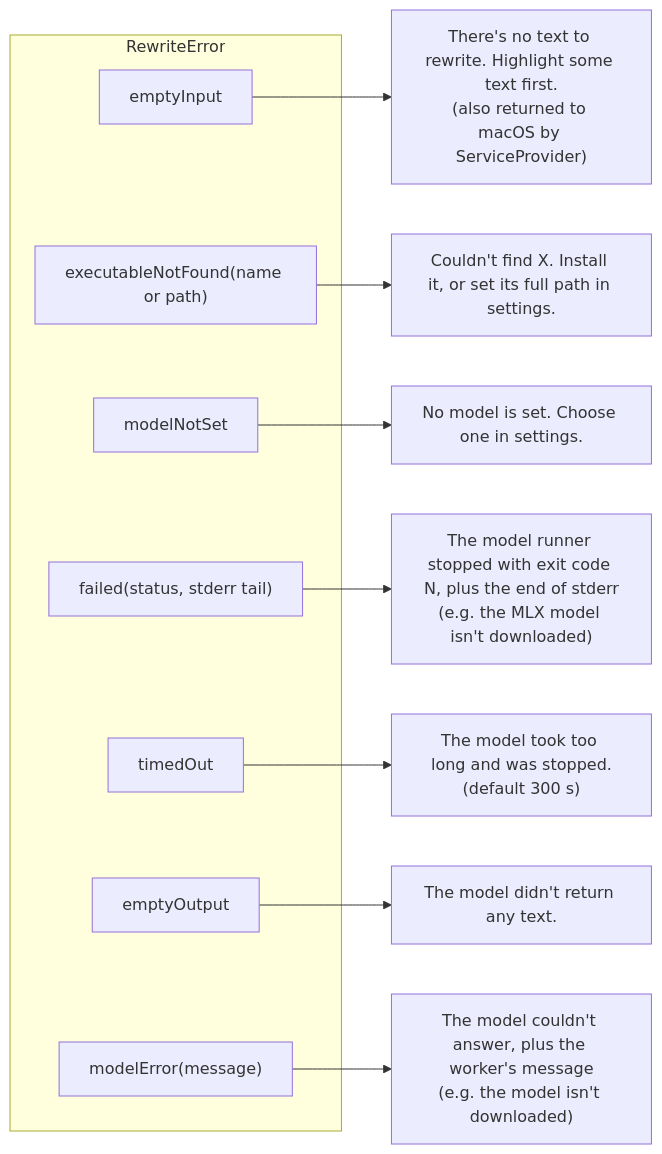
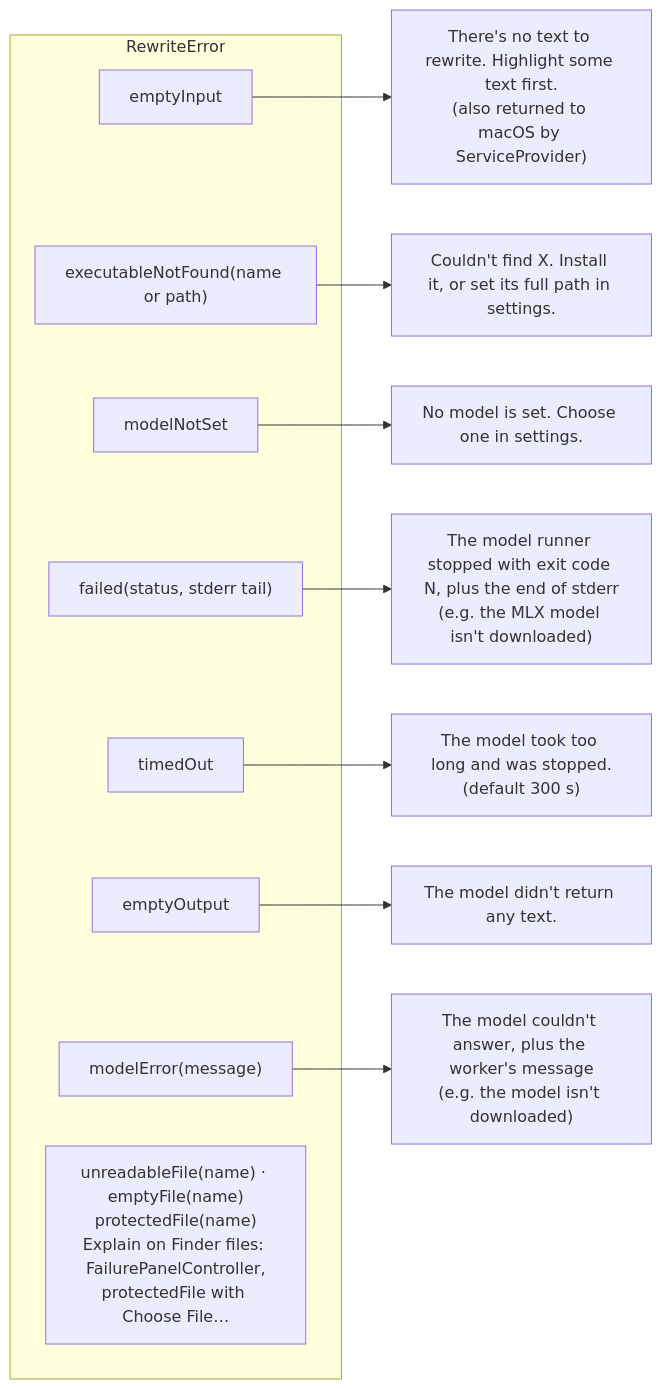
One commit to jdgiles26/prompt-menu changed the eighth of 18 diagrams in docs/FLOW_MAPS.md. Above: the diagram before and after it, drawn with Mermaid. The commit also changed other lines of this file and 23 other files, not shown here.

````diff
--- a/docs/FLOW_MAPS.md
+++ b/docs/FLOW_MAPS.md
@@ -218,19 +218,20 @@
 ```mermaid
 flowchart LR
     subgraph Thrown["RewriteError"]
         A[emptyInput]
         B["executableNotFound(name or path)"]
         C[modelNotSet]
         D["failed(status, stderr tail)"]
         E[timedOut]
         F[emptyOutput]
         G["modelError(message)"]
+        U2["unreadableFile(name) · emptyFile(name)<br/>protectedFile(name)<br/>Explain on Finder files: FailurePanelController,<br/>protectedFile with Choose File…"]
     end
     A --> A1["There's no text to rewrite. Highlight some text first.<br/>(also returned to macOS by ServiceProvider)"]
     B --> B1["Couldn't find X. Install it, or set its full path in settings."]
     C --> C1["No model is set. Choose one in settings."]
     D --> D1["The model runner stopped with exit code N, plus the end of stderr<br/>(e.g. the MLX model isn't downloaded)"]
     E --> E1["The model took too long and was stopped.<br/>(default 300 s)"]
     F --> F1["The model didn't return any text."]
     G --> G1["The model couldn't answer, plus the worker's message<br/>(e.g. the model isn't downloaded)"]
 ```
````
